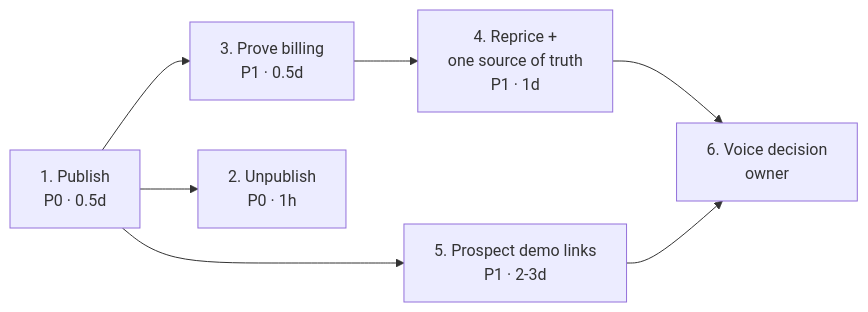
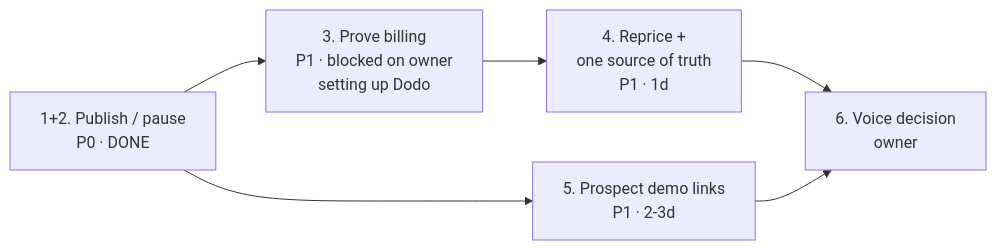
One commit to pratie/jimmy-ai changed the diagram in docs/BACKLOG.md. Above: the diagram before and after it, drawn with Mermaid. The commit also changed other lines of this file and 3 other files, not shown here.

````diff
--- a/docs/BACKLOG.md
+++ b/docs/BACKLOG.md
@@ -228,9 +233,8 @@
 ```mermaid
 graph LR
-    A["1. Publish<br/>P0 · 0.5d"] --> B["3. Prove billing<br/>P1 · 0.5d"]
-    A --> C["2. Unpublish<br/>P0 · 1h"]
+    A["1+2. Publish / pause<br/>P0 · DONE"] --> E["5. Prospect demo links<br/>P1 · 2-3d"]
+    A --> B["3. Prove billing<br/>P1 · blocked on owner<br/>setting up Dodo"]
     B --> D["4. Reprice +<br/>one source of truth<br/>P1 · 1d"]
-    A --> E["5. Prospect demo links<br/>P1 · 2-3d"]
     D --> F["6. Voice decision<br/>owner"]
     E --> F
 ```
````
